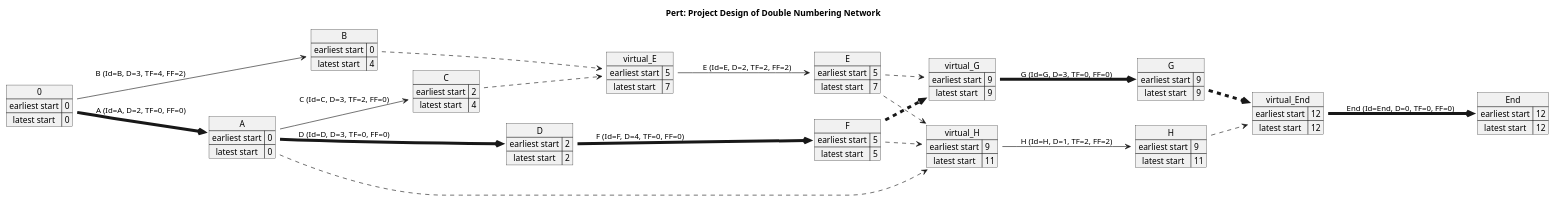
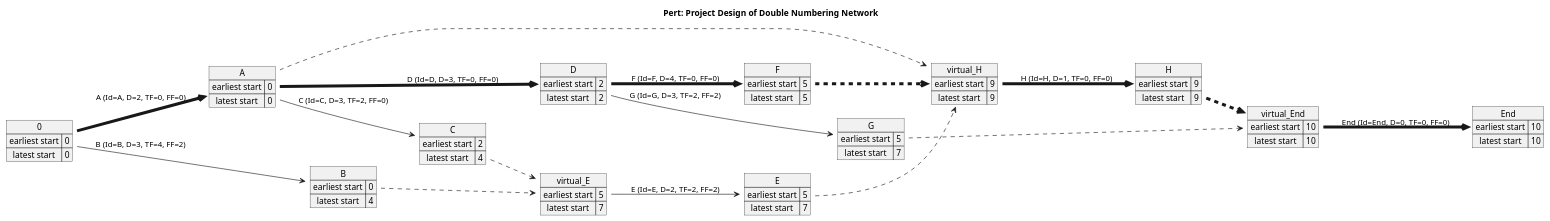
Before and after one commit to SCWM-P/PM_code_LLM_plantuml: the diagram in __temp__/PUML_text_dNN.puml, drawn with PlantUML. The commit also changed 6 other files, not shown here.

```diff
--- a/__temp__/PUML_text_dNN.puml
+++ b/__temp__/PUML_text_dNN.puml
@@ -2,80 +2,74 @@
 @startuml PERT
 left to right direction
 ' Horizontal lines: -->, <--, <-->
 ' Vertical lines: ->, <-, <->
 title Pert: Project Design of Double Numbering Network
 map 0 {
     earliest start => 0
     latest start => 0
 }
 map End {
-    earliest start => 12
-    latest start => 12
+    earliest start => 10
+    latest start => 10
 }
 map A {
     earliest start => 0
     latest start => 0
 }
 map B {
     earliest start => 0
     latest start => 4
 }
 map C {
     earliest start => 2
     latest start => 4
 }
 map D {
     earliest start => 2
     latest start => 2
 }
 map virtual_E {
     earliest start => 5
     latest start => 7
 }
 map E {
     earliest start => 5
     latest start => 7
 }
 map F {
     earliest start => 5
     latest start => 5
 }
-map virtual_G {
+map G {
+    earliest start => 5
+    latest start => 7
+}
+map virtual_H {
     earliest start => 9
     latest start => 9
 }
-map G {
+map H {
     earliest start => 9
     latest start => 9
 }
-map virtual_H {
-    earliest start => 9
-    latest start => 11
-}
-map H {
-    earliest start => 9
-    latest start => 11
-}
 map virtual_End {
-    earliest start => 12
-    latest start => 12
+    earliest start => 10
+    latest start => 10
 }
 0 -[thickness=5]-> A : A (Id=A, D=2, TF=0, FF=0)
 0 --> B : B (Id=B, D=3, TF=4, FF=2)
 A --> C : C (Id=C, D=3, TF=2, FF=0)
 A -[thickness=5]-> D : D (Id=D, D=3, TF=0, FF=0)
 B -[dashed]-> virtual_E
 C -[dashed]-> virtual_E
 virtual_E --> E : E (Id=E, D=2, TF=2, FF=2)
 D -[thickness=5]-> F : F (Id=F, D=4, TF=0, FF=0)
-E -[dashed]-> virtual_G
-F -[dashed,thickness=5]-> virtual_G
-virtual_G -[thickness=5]-> G : G (Id=G, D=3, TF=0, FF=0)
+D --> G : G (Id=G, D=3, TF=2, FF=2)
 A -[dashed]-> virtual_H
 E -[dashed]-> virtual_H
-F -[dashed]-> virtual_H
-virtual_H --> H : H (Id=H, D=1, TF=2, FF=2)
-G -[dashed,thickness=5]-> virtual_End
-H -[dashed]-> virtual_End
+F -[dashed,thickness=5]-> virtual_H
+virtual_H -[thickness=5]-> H : H (Id=H, D=1, TF=0, FF=0)
+G -[dashed]-> virtual_End
+H -[dashed,thickness=5]-> virtual_End
 virtual_End -[thickness=5]-> End : End (Id=End, D=0, TF=0, FF=0)
 @enduml
```
